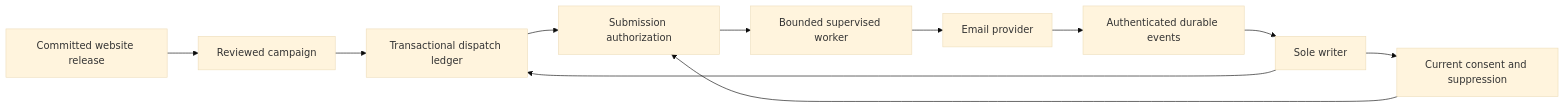
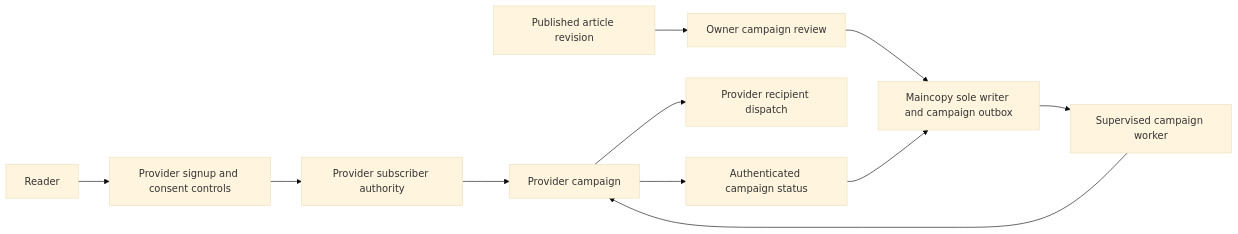
One commit to tee8z/maincopy changed the diagram in docs/email-delivery.md. Above: the diagram before and after it, drawn with Mermaid (base theme). The commit also changed other lines of this file and 13 other files, not shown here.

````diff
--- a/docs/email-delivery.md
+++ b/docs/email-delivery.md
@@ -184,13 +143,13 @@
 ```mermaid
 flowchart LR
-    Release[Committed website release] --> Campaign[Reviewed campaign]
-    Campaign --> Outbox[Transactional dispatch ledger]
-    Consent[Current consent and suppression] --> Authorize[Submission authorization]
-    Outbox --> Authorize
-    Authorize --> Worker[Bounded supervised worker]
-    Worker --> Provider[Email provider]
-    Provider --> Events[Authenticated durable events]
-    Events --> Writer[Sole writer]
-    Writer --> Outbox
-    Writer --> Consent
+    Reader[Reader] --> Hosted[Provider signup and consent controls]
+    Hosted --> Audience[Provider subscriber authority]
+    Release[Published article revision] --> Review[Owner campaign review]
+    Review --> Writer[Maincopy sole writer and campaign outbox]
+    Writer --> Worker[Supervised campaign worker]
+    Worker --> Campaign[Provider campaign]
+    Audience --> Campaign
+    Campaign --> Delivery[Provider recipient dispatch]
+    Campaign --> Status[Authenticated campaign status]
+    Status --> Writer
 ```
````
